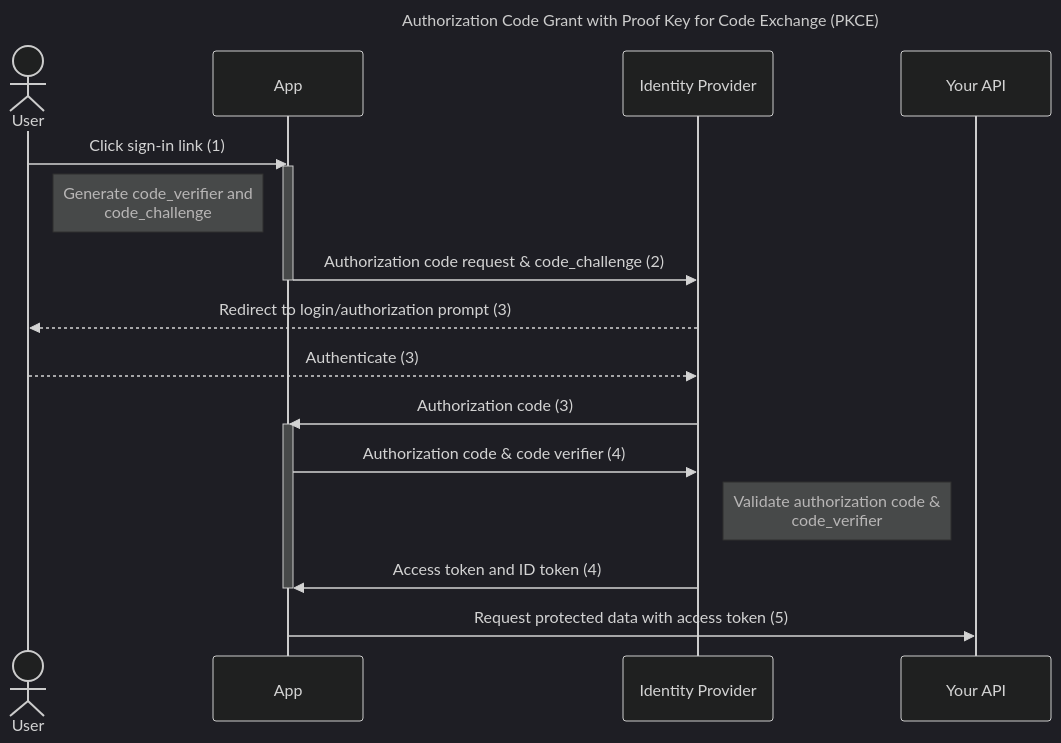
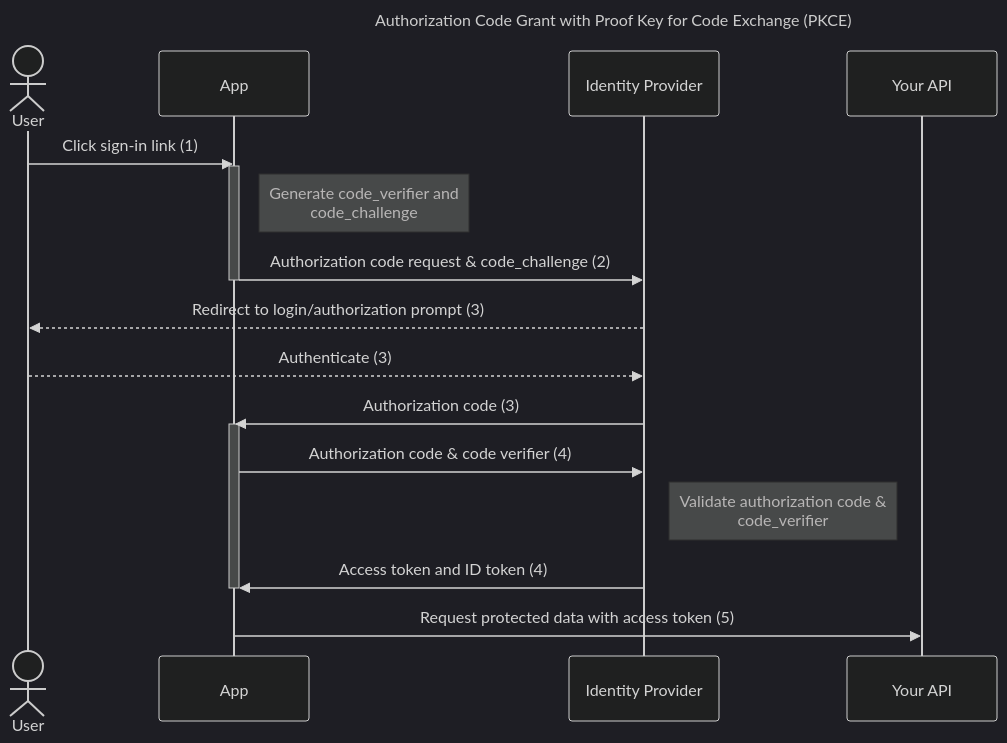
Before and after one commit to authts/oidc-client-ts: the diagram in docs/protocols/authorization-code-grant-with-pkce.md, drawn with Mermaid (dark theme). The commit also changed 1 other file, not shown here.

Commit message:
doc: place notes better

````diff
--- a/docs/protocols/authorization-code-grant-with-pkce.md
+++ b/docs/protocols/authorization-code-grant-with-pkce.md
@@ -7,25 +7,25 @@
 ```mermaid
 ---
 title: Authorization Code Grant with Proof Key for Code Exchange (PKCE)
 ---
 sequenceDiagram
   actor User
   User->>App: Click sign-in link (1)
 
   activate App
-  Note left of App: Generate code_verifier and<br/>code_challenge
+  Note right of App: Generate code_verifier and<br/>code_challenge
   App->>Identity Provider: Authorization code request & code_challenge (2)
   deactivate App
 
   Identity Provider-->>User: Redirect to login/authorization prompt (3)
   User-->>Identity Provider: Authenticate (3)
   Identity Provider->>App: Authorization code (3)
 
   activate App
   App->>Identity Provider: Authorization code & code verifier (4)
   Note right of Identity Provider: Validate authorization code &<br/>code_verifier
   Identity Provider->>App: Access token and ID token (4)
   deactivate App
 
   App->>Your API: Request protected data with access token (5)
 ```
````
